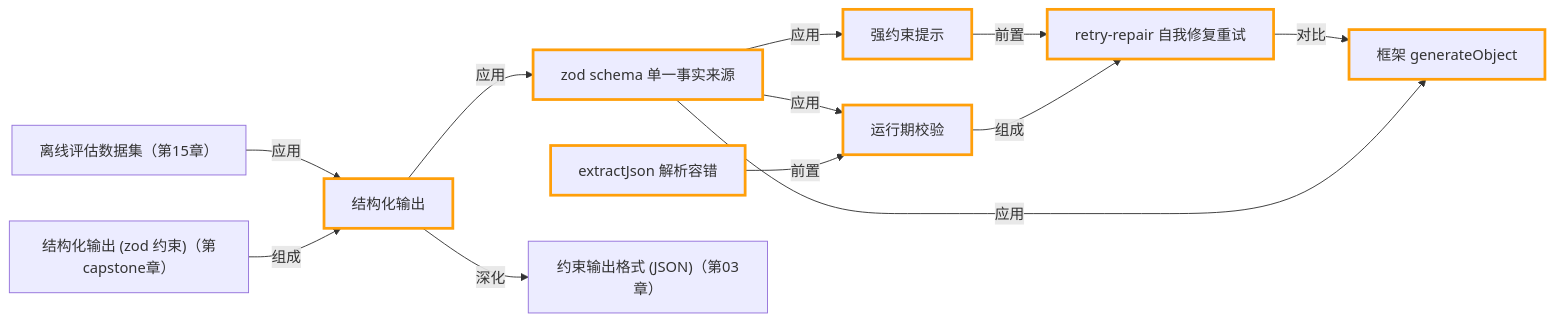
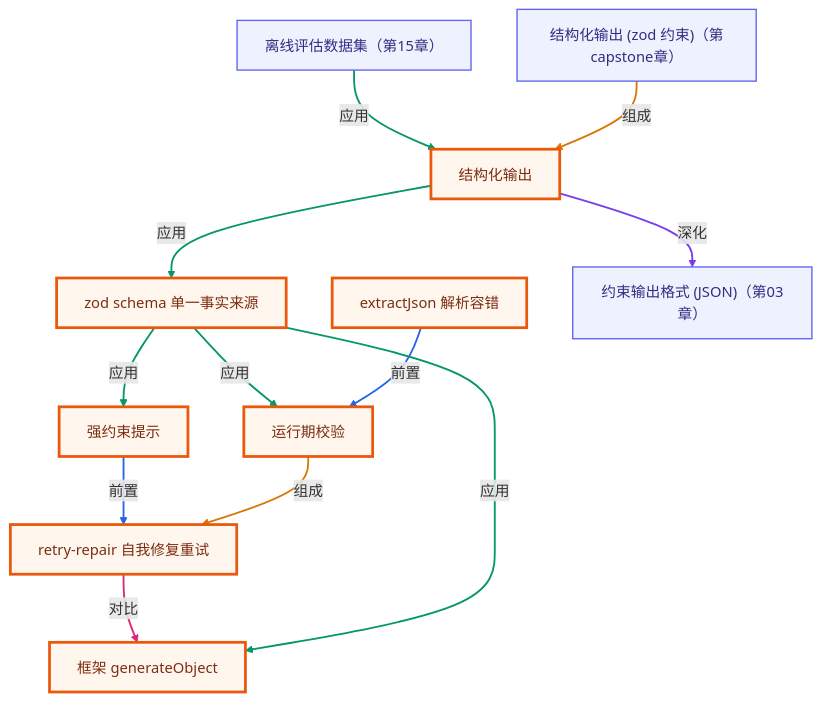
One commit to songuu/agent changed the second of 2 diagrams in lessons/13-structured-output/README.md. Above: the diagram before and after it, drawn with Mermaid. The commit also changed other lines of this file and 72 other files, not shown here.

````diff
--- a/lessons/13-structured-output/README.md
+++ b/lessons/13-structured-output/README.md
@@ -201,31 +203,39 @@
 ```mermaid
-graph LR
+graph TB
+  classDef own fill:#fff7ed,stroke:#ea580c,stroke-width:3px,color:#7c2d12;
+  classDef cross fill:#eef2ff,stroke:#6366f1,stroke-width:1.5px,color:#312e81;
   n_c13_structured_output["结构化输出"]
   n_c13_zod_schema["zod schema 单一事实来源"]
   n_c13_strict_prompt["强约束提示"]
   n_c13_retry_repair["retry-repair 自我修复重试"]
   n_c13_extract_json["extractJson 解析容错"]
   n_c13_runtime_validation["运行期校验"]
   n_c13_generate_object["框架 generateObject"]
   n_c03_constrained_output["约束输出格式 (JSON)（第03章）"]
   n_c15_eval_dataset["离线评估数据集（第15章）"]
   n_ccapstone_structured_output["结构化输出 (zod 约束)（第capstone章）"]
   n_c13_structured_output -->|应用| n_c13_zod_schema
   n_c13_zod_schema -->|应用| n_c13_strict_prompt
   n_c13_zod_schema -->|应用| n_c13_runtime_validation
   n_c13_strict_prompt -->|前置| n_c13_retry_repair
   n_c13_runtime_validation -->|组成| n_c13_retry_repair
   n_c13_extract_json -->|前置| n_c13_runtime_validation
   n_c13_retry_repair -->|对比| n_c13_generate_object
   n_c13_zod_schema -->|应用| n_c13_generate_object
   n_c13_structured_output -->|深化| n_c03_constrained_output
   n_c15_eval_dataset -->|应用| n_c13_structured_output
   n_ccapstone_structured_output -->|组成| n_c13_structured_output
-  style n_c13_structured_output stroke:#ff9f0a,stroke-width:3px
-  style n_c13_zod_schema stroke:#ff9f0a,stroke-width:3px
-  style n_c13_strict_prompt stroke:#ff9f0a,stroke-width:3px
-  style n_c13_retry_repair stroke:#ff9f0a,stroke-width:3px
-  style n_c13_extract_json stroke:#ff9f0a,stroke-width:3px
-  style n_c13_runtime_validation stroke:#ff9f0a,stroke-width:3px
-  style n_c13_generate_object stroke:#ff9f0a,stroke-width:3px
+  class n_c13_structured_output,n_c13_zod_schema,n_c13_strict_prompt,n_c13_retry_repair,n_c13_extract_json,n_c13_runtime_validation,n_c13_generate_object own;
+  class n_c03_constrained_output,n_c15_eval_dataset,n_ccapstone_structured_output cross;
+  linkStyle 0 stroke:#059669,stroke-width:2px;
+  linkStyle 1 stroke:#059669,stroke-width:2px;
+  linkStyle 2 stroke:#059669,stroke-width:2px;
+  linkStyle 3 stroke:#2563eb,stroke-width:2px;
+  linkStyle 4 stroke:#d97706,stroke-width:2px;
+  linkStyle 5 stroke:#2563eb,stroke-width:2px;
+  linkStyle 6 stroke:#db2777,stroke-width:2px;
+  linkStyle 7 stroke:#059669,stroke-width:2px;
+  linkStyle 8 stroke:#7c3aed,stroke-width:2px;
+  linkStyle 9 stroke:#059669,stroke-width:2px;
+  linkStyle 10 stroke:#d97706,stroke-width:2px;
 ```
````
